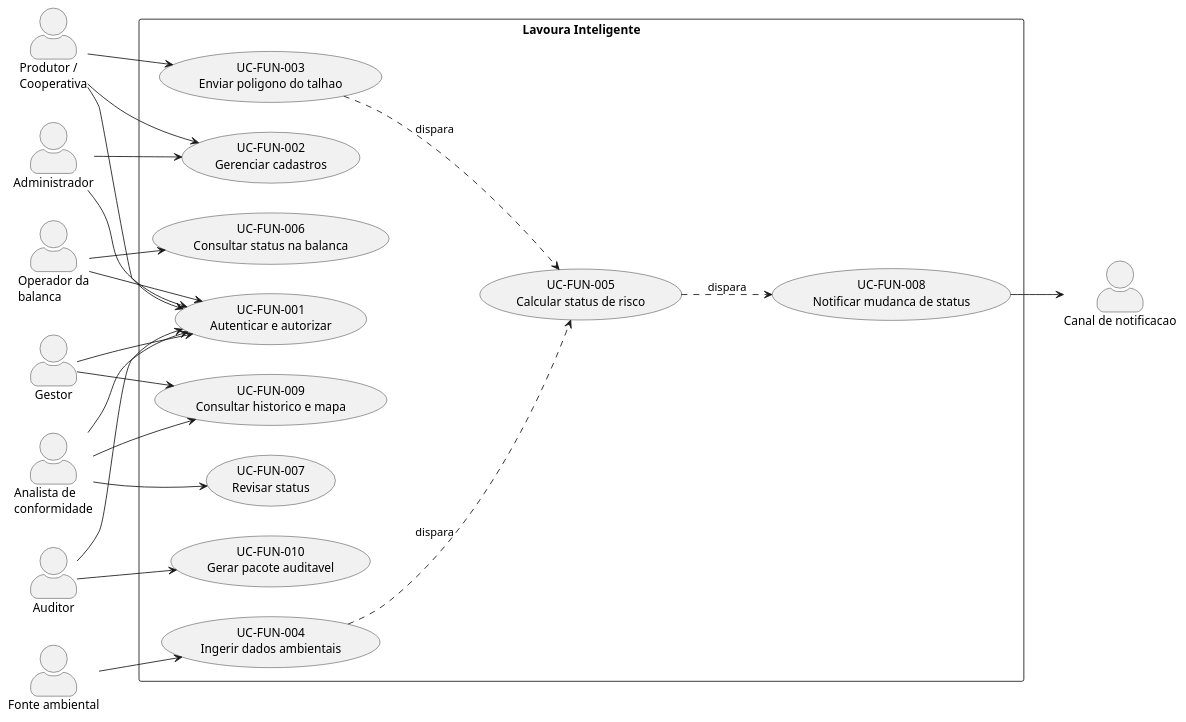
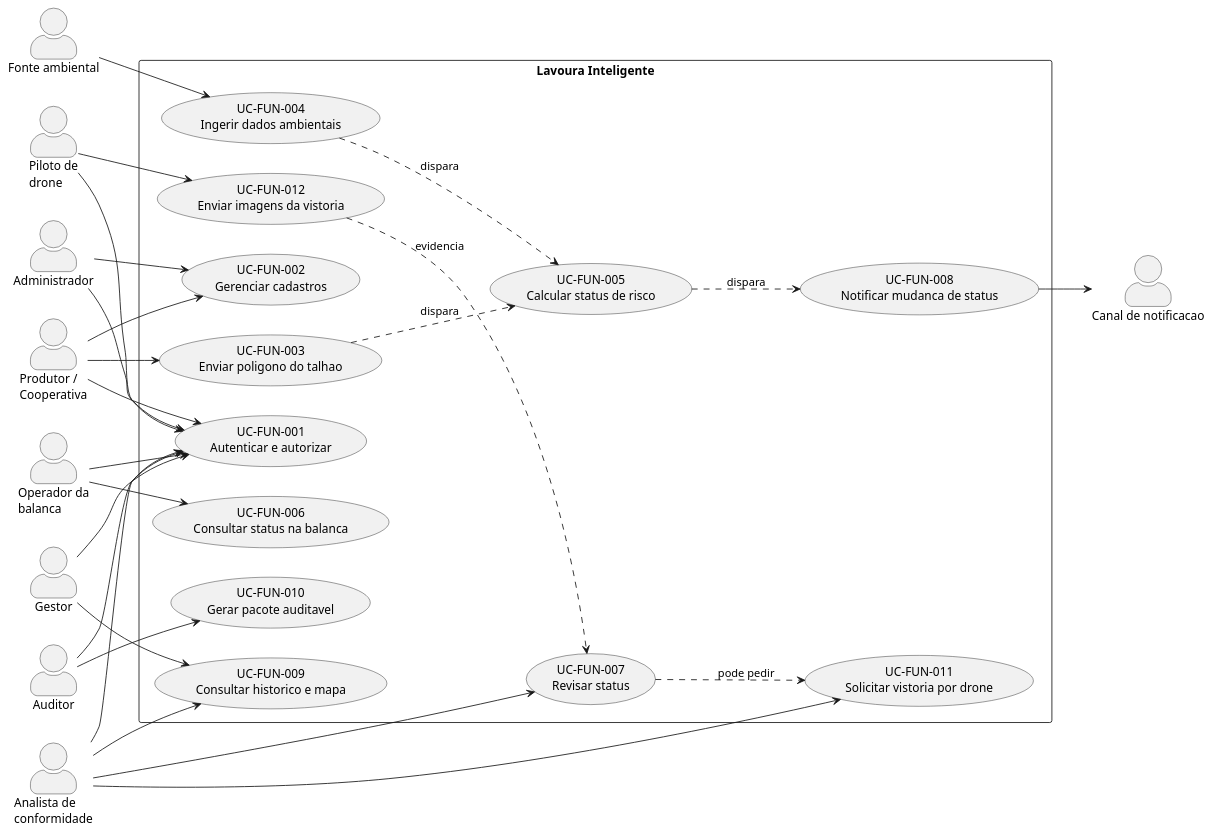
Before and after one commit to Projetos-de-Extensao/PC_ADS_26.2_8001_II: the diagram in docs/Elaboracao/casos_de_uso.md, drawn with PlantUML. The commit also changed other lines of this file and 7 other files, not shown here.

Commit message:
add vistoria por drone

````diff
--- a/docs/Elaboracao/casos_de_uso.md
+++ b/docs/Elaboracao/casos_de_uso.md
@@ -35,48 +36,56 @@
 ```plantuml
 @startuml LavouraInteligente_CasosDeUso
 left to right direction
 skinparam actorStyle awesome
 
 actor Administrador as Admin
 actor "Produtor /\nCooperativa" as Prod
 actor "Analista de\nconformidade" as Analista
 actor "Operador da\nbalanca" as Op
 actor Gestor as Gest
 actor Auditor as Audit
 actor "Fonte ambiental" as Fonte
 actor "Canal de notificacao" as Canal
+actor "Piloto de\ndrone" as Piloto
 
 rectangle "Lavoura Inteligente" {
   usecase "UC-FUN-001\nAutenticar e autorizar" as UC1
   usecase "UC-FUN-002\nGerenciar cadastros" as UC2
   usecase "UC-FUN-003\nEnviar poligono do talhao" as UC3
   usecase "UC-FUN-004\nIngerir dados ambientais" as UC4
   usecase "UC-FUN-005\nCalcular status de risco" as UC5
   usecase "UC-FUN-006\nConsultar status na balanca" as UC6
   usecase "UC-FUN-007\nRevisar status" as UC7
   usecase "UC-FUN-008\nNotificar mudanca de status" as UC8
   usecase "UC-FUN-009\nConsultar historico e mapa" as UC9
   usecase "UC-FUN-010\nGerar pacote auditavel" as UC10
+  usecase "UC-FUN-011\nSolicitar vistoria por drone" as UC11
+  usecase "UC-FUN-012\nEnviar imagens da vistoria" as UC12
 }
 
 Admin --> UC1
 Admin --> UC2
 Prod --> UC1
 Prod --> UC2
 Prod --> UC3
 Analista --> UC1
 Analista --> UC7
 Analista --> UC9
 Op --> UC1
 Op --> UC6
 Gest --> UC1
 Gest --> UC9
 Audit --> UC1
 Audit --> UC10
 Fonte --> UC4
 UC8 --> Canal
 UC4 ..> UC5 : dispara
 UC3 ..> UC5 : dispara
 UC5 ..> UC8 : dispara
+Analista --> UC11
+Piloto --> UC1
+Piloto --> UC12
+UC7 ..> UC11 : pode pedir
+UC12 ..> UC7 : evidencia
 @enduml
 ```
````
